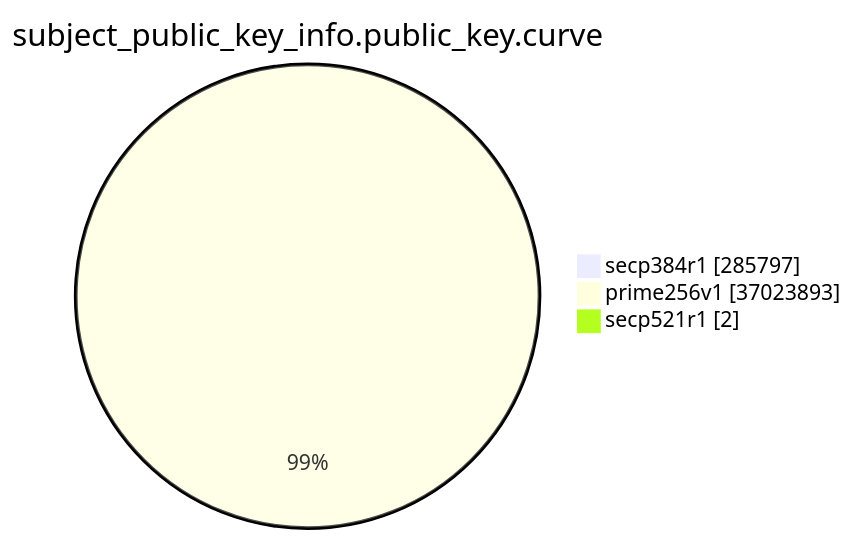
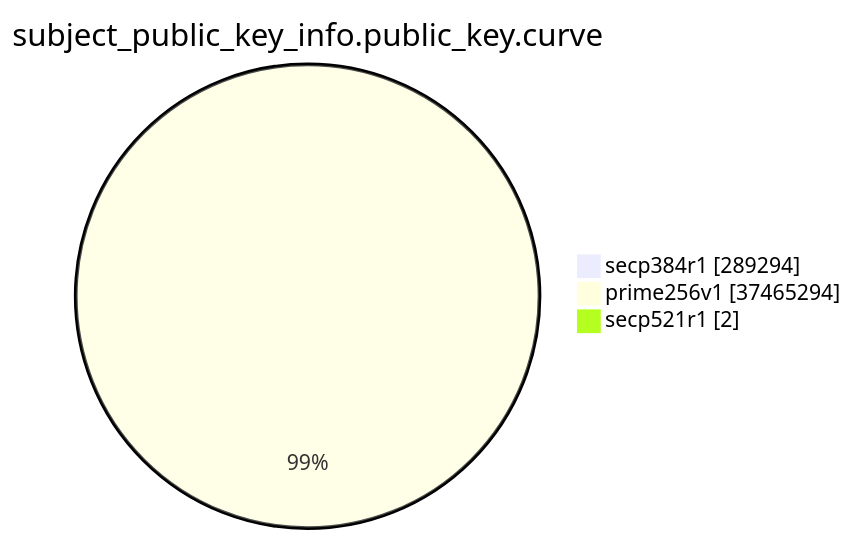
The eighth of 15 diagrams in xenon2023/README.md (christiankrug/ctmonitor_visualization), drawn with Mermaid before and after one commit. The commit also changed other lines of this file, not shown here.

````diff
--- a/xenon2023/README.md
+++ b/xenon2023/README.md
@@ -2152,7 +2155,7 @@
 ```mermaid
 pie showData
 title subject_public_key_info.public_key.curve
-"secp384r1" :285797
-"prime256v1" :37023893
+"secp384r1" :289294
+"prime256v1" :37465294
 "secp521r1" :2
 ```
````
